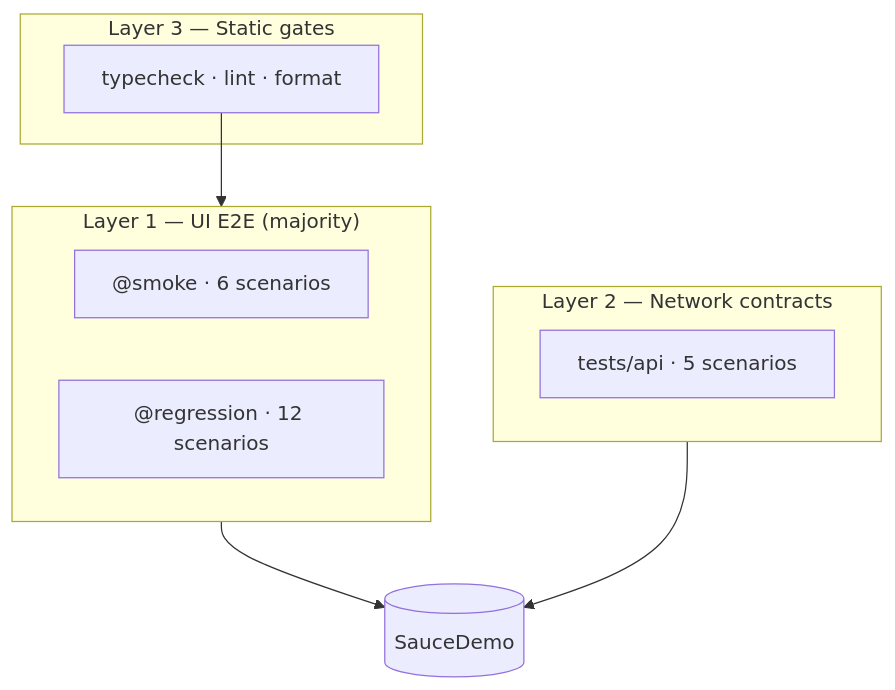
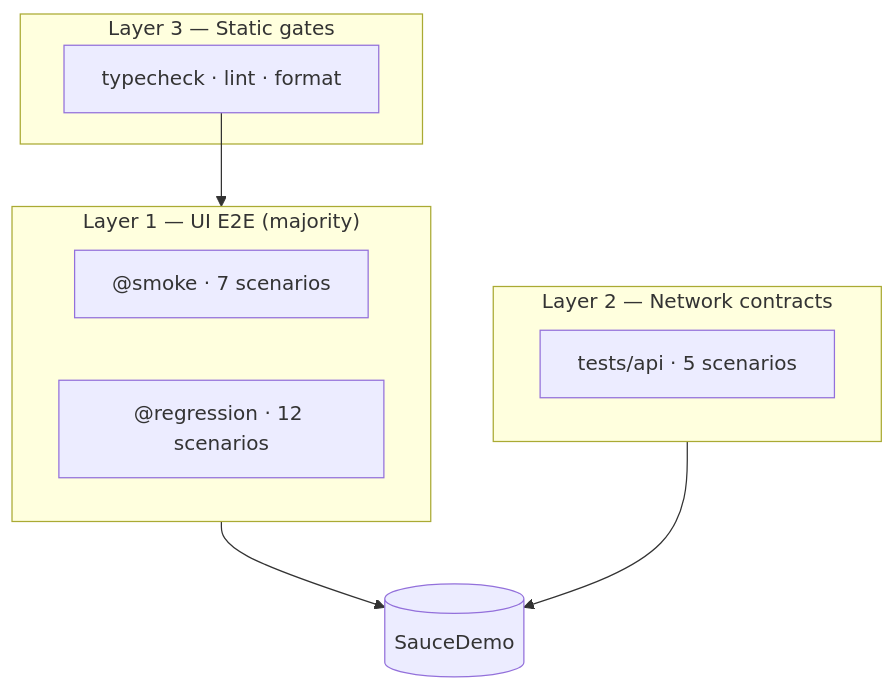
Before and after one commit to AKogut/playwright-ecommerce-framework: the second of 4 diagrams in docs/test-strategy.md, drawn with Mermaid. The commit also changed other lines of this file and 14 other files, not shown here.

````diff
--- a/docs/test-strategy.md
+++ b/docs/test-strategy.md
@@ -84,17 +85,17 @@
 ```mermaid
 flowchart TB
     subgraph L1["Layer 1 — UI E2E (majority)"]
         direction LR
-        SM["@smoke · 6 scenarios"]
+        SM["@smoke · 7 scenarios"]
         RG["@regression · 12 scenarios"]
     end
     subgraph L2["Layer 2 — Network contracts"]
         API["tests/api · 5 scenarios"]
     end
     subgraph L3["Layer 3 — Static gates"]
         ST["typecheck · lint · format"]
     end
     L1 --> AUT[(SauceDemo)]
     L2 --> AUT
     ST --> L1
 ```
````
